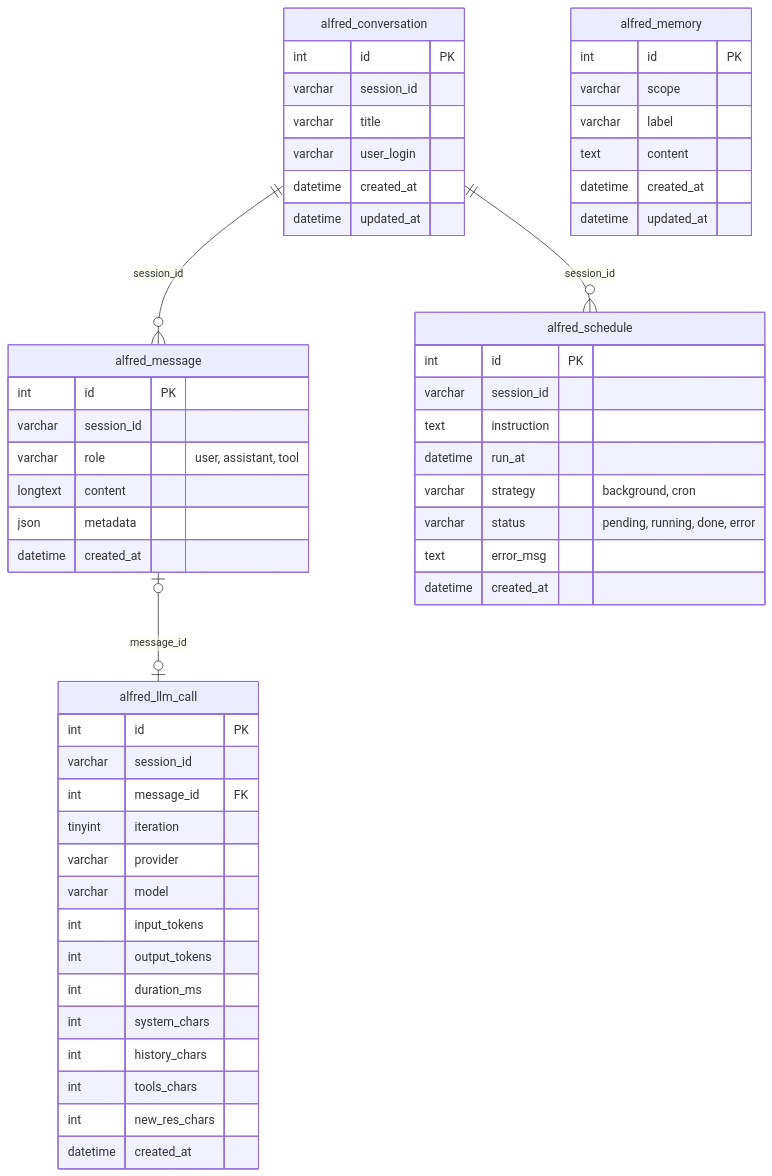
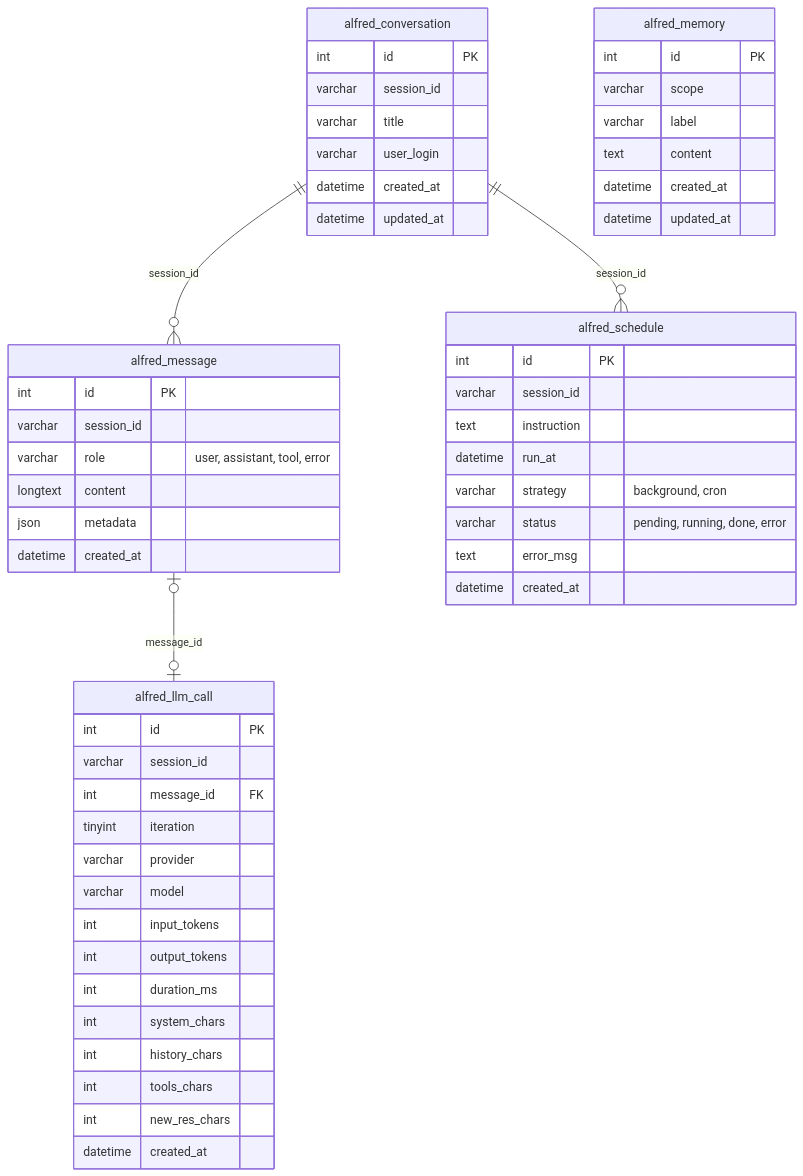
Before and after one commit to clement-cunin/JeedomAlfred: the diagram in docs/database.md, drawn with Mermaid. The commit also changed other lines of this file and 3 other files, not shown here.

````diff
--- a/docs/database.md
+++ b/docs/database.md
@@ -7,61 +7,61 @@
 ```mermaid
 erDiagram
     alfred_conversation {
         int id PK
         varchar session_id
         varchar title
         varchar user_login
         datetime created_at
         datetime updated_at
     }
 
     alfred_message {
         int id PK
         varchar session_id
-        varchar role "user, assistant, tool"
+        varchar role "user, assistant, tool, error"
         longtext content
         json metadata
         datetime created_at
     }
 
     alfred_llm_call {
         int id PK
         varchar session_id
         int message_id FK
         tinyint iteration
         varchar provider
         varchar model
         int input_tokens
         int output_tokens
         int duration_ms
         int system_chars
         int history_chars
         int tools_chars
         int new_res_chars
         datetime created_at
     }
 
     alfred_memory {
         int id PK
         varchar scope
         varchar label
         text content
         datetime created_at
         datetime updated_at
     }
 
     alfred_schedule {
         int id PK
         varchar session_id
         text instruction
         datetime run_at
         varchar strategy "background, cron"
         varchar status "pending, running, done, error"
         text error_msg
         datetime created_at
     }
 
     alfred_conversation ||--o{ alfred_message : "session_id"
     alfred_conversation ||--o{ alfred_schedule : "session_id"
     alfred_message |o--o| alfred_llm_call : "message_id"
 ```
````
